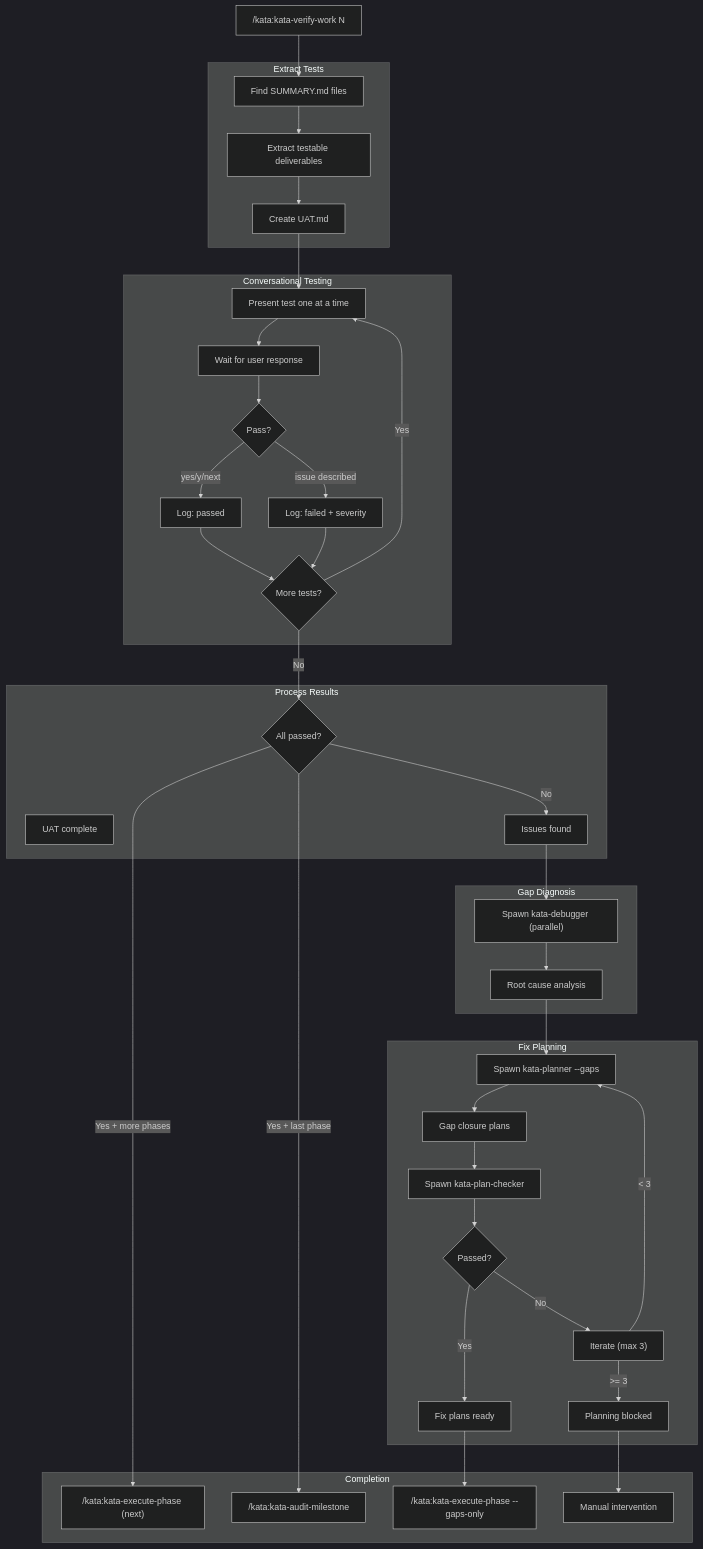
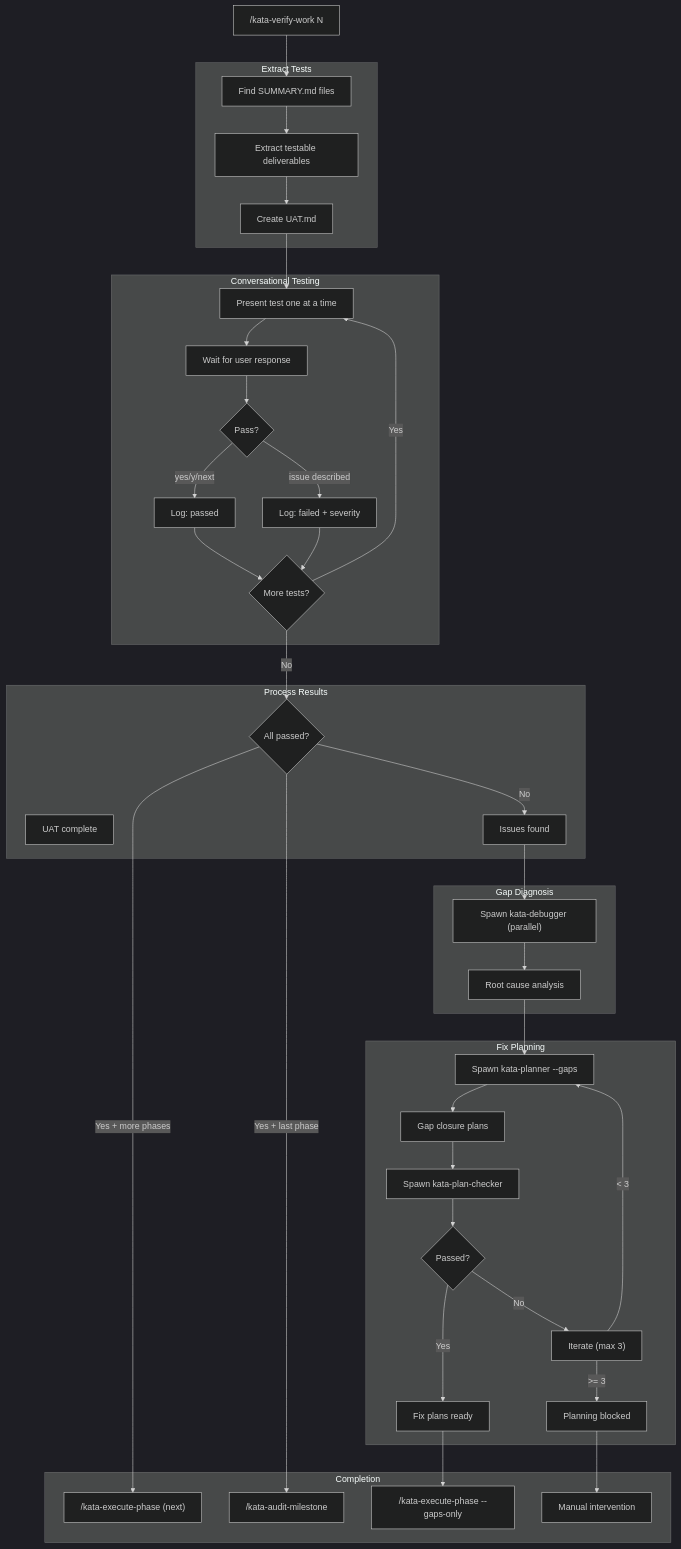
One commit to gannonh/kata changed the fifth of 6 diagrams in .docs/diagrams/FLOWS.md. Above: the diagram before and after it, drawn with Mermaid. The commit also changed other lines of this file and 89 other files, not shown here.

````diff
--- a/.docs/diagrams/FLOWS.md
+++ b/.docs/diagrams/FLOWS.md
@@ -236,76 +236,76 @@
 ```mermaid
 %%{init: {'theme': 'dark'}}%%
 flowchart TD
-    START["/kata:kata-verify-work N"]
+    START["/kata-verify-work N"]
 
     subgraph Extract["Extract Tests"]
         FIND["Find SUMMARY.md files"]
         EXTRACT["Extract testable deliverables"]
         CREATE["Create UAT.md"]
     end
 
     subgraph Test["Conversational Testing"]
         PRESENT["Present test one at a time"]
         WAIT["Wait for user response"]
         PASS{"Pass?"}
         LOG_P["Log: passed"]
         LOG_F["Log: failed + severity"]
         NEXT{"More tests?"}
     end
 
     subgraph Results["Process Results"]
         ALL_PASS{"All passed?"}
         DONE["UAT complete"]
         ISSUES["Issues found"]
     end
 
     subgraph Diagnose["Gap Diagnosis"]
         SPAWN_D["Spawn kata-debugger (parallel)"]
         DIAG["Root cause analysis"]
     end
 
     subgraph Fix["Fix Planning"]
         SPAWN_P["Spawn kata-planner --gaps"]
         FIX_PLANS["Gap closure plans"]
         SPAWN_C["Spawn kata-plan-checker"]
         VPASS{"Passed?"}
         ITERATE["Iterate (max 3)"]
         READY["Fix plans ready"]
         BLOCKED["Planning blocked"]
     end
 
     subgraph Output["Completion"]
-        ROUTE_A["/kata:kata-execute-phase (next)"]
-        ROUTE_B["/kata:kata-audit-milestone"]
-        ROUTE_C["/kata:kata-execute-phase --gaps-only"]
+        ROUTE_A["/kata-execute-phase (next)"]
+        ROUTE_B["/kata-audit-milestone"]
+        ROUTE_C["/kata-execute-phase --gaps-only"]
         ROUTE_D["Manual intervention"]
     end
 
     START --> FIND
     FIND --> EXTRACT
     EXTRACT --> CREATE
     CREATE --> PRESENT
     PRESENT --> WAIT
     WAIT --> PASS
     PASS -->|"yes/y/next"| LOG_P
     PASS -->|"issue described"| LOG_F
     LOG_P --> NEXT
     LOG_F --> NEXT
     NEXT -->|"Yes"| PRESENT
     NEXT -->|"No"| ALL_PASS
     ALL_PASS -->|"Yes + more phases"| ROUTE_A
     ALL_PASS -->|"Yes + last phase"| ROUTE_B
     ALL_PASS -->|"No"| ISSUES
     ISSUES --> SPAWN_D
     SPAWN_D --> DIAG
     DIAG --> SPAWN_P
     SPAWN_P --> FIX_PLANS
     FIX_PLANS --> SPAWN_C
     SPAWN_C --> VPASS
     VPASS -->|"Yes"| READY
     VPASS -->|"No"| ITERATE
     ITERATE -->|"< 3"| SPAWN_P
     ITERATE -->|">= 3"| BLOCKED
     READY --> ROUTE_C
     BLOCKED --> ROUTE_D
 ```
````
